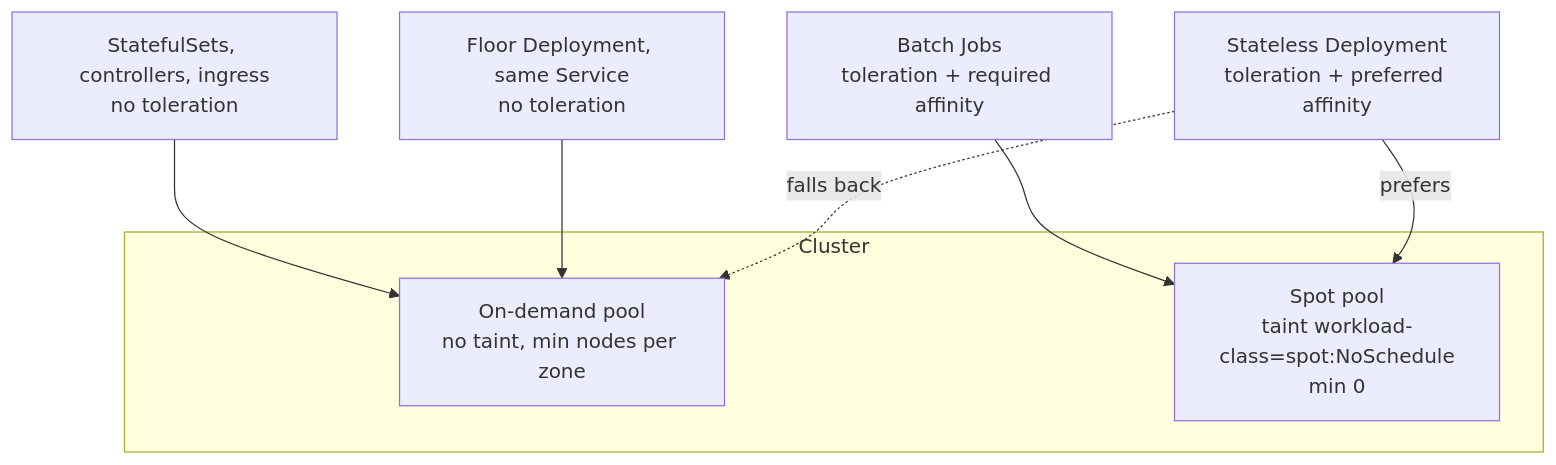
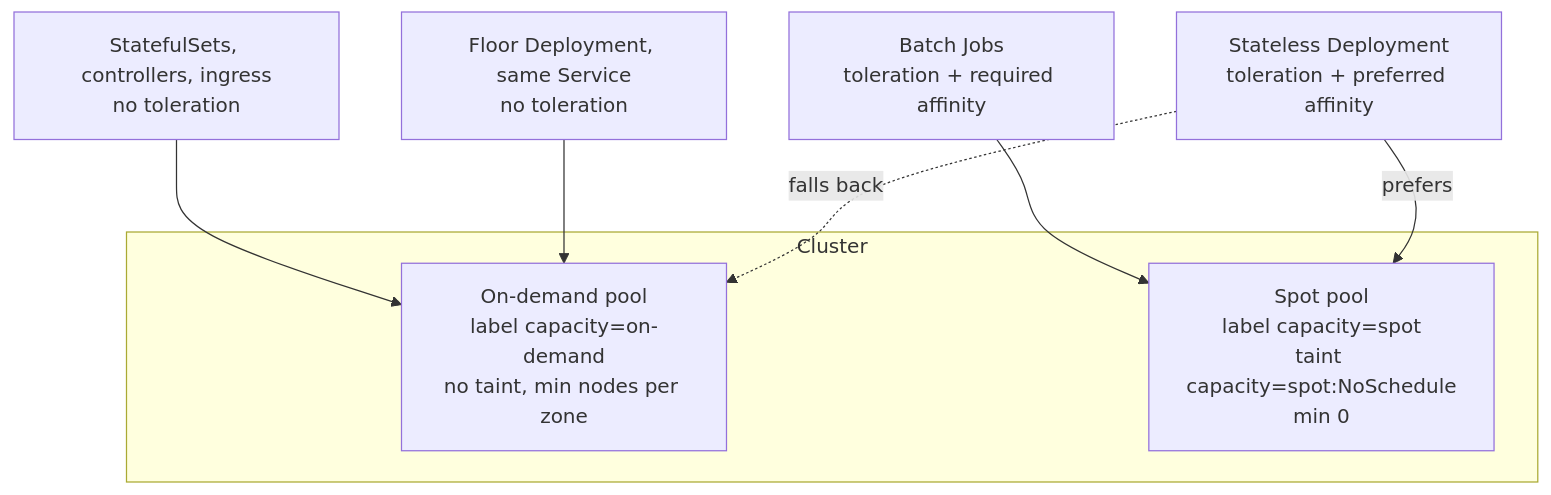
Before and after one commit to greenblacked/Notes: the first of 2 diagrams in content/patterns/gke-spot-vms-for-workloads.md, drawn with Mermaid. The commit also changed other lines of this file and 12 other files, not shown here.

````diff
--- a/content/patterns/gke-spot-vms-for-workloads.md
+++ b/content/patterns/gke-spot-vms-for-workloads.md
@@ -45,12 +45,12 @@
 ```mermaid
 flowchart TB
   subgraph Cluster
-    OD[On-demand pool<br/>no taint, min nodes per zone]
-    SP[Spot pool<br/>taint workload-class=spot:NoSchedule<br/>min 0]
+    OD[On-demand pool<br/>label capacity=on-demand<br/>no taint, min nodes per zone]
+    SP[Spot pool<br/>label capacity=spot<br/>taint capacity=spot:NoSchedule<br/>min 0]
   end
   A[Stateless Deployment<br/>toleration + preferred affinity] -->|prefers| SP
   A -.->|falls back| OD
   F[Floor Deployment, same Service<br/>no toleration] --> OD
   J[Batch Jobs<br/>toleration + required affinity] --> SP
   S[StatefulSets, controllers, ingress<br/>no toleration] --> OD
 ```
````
